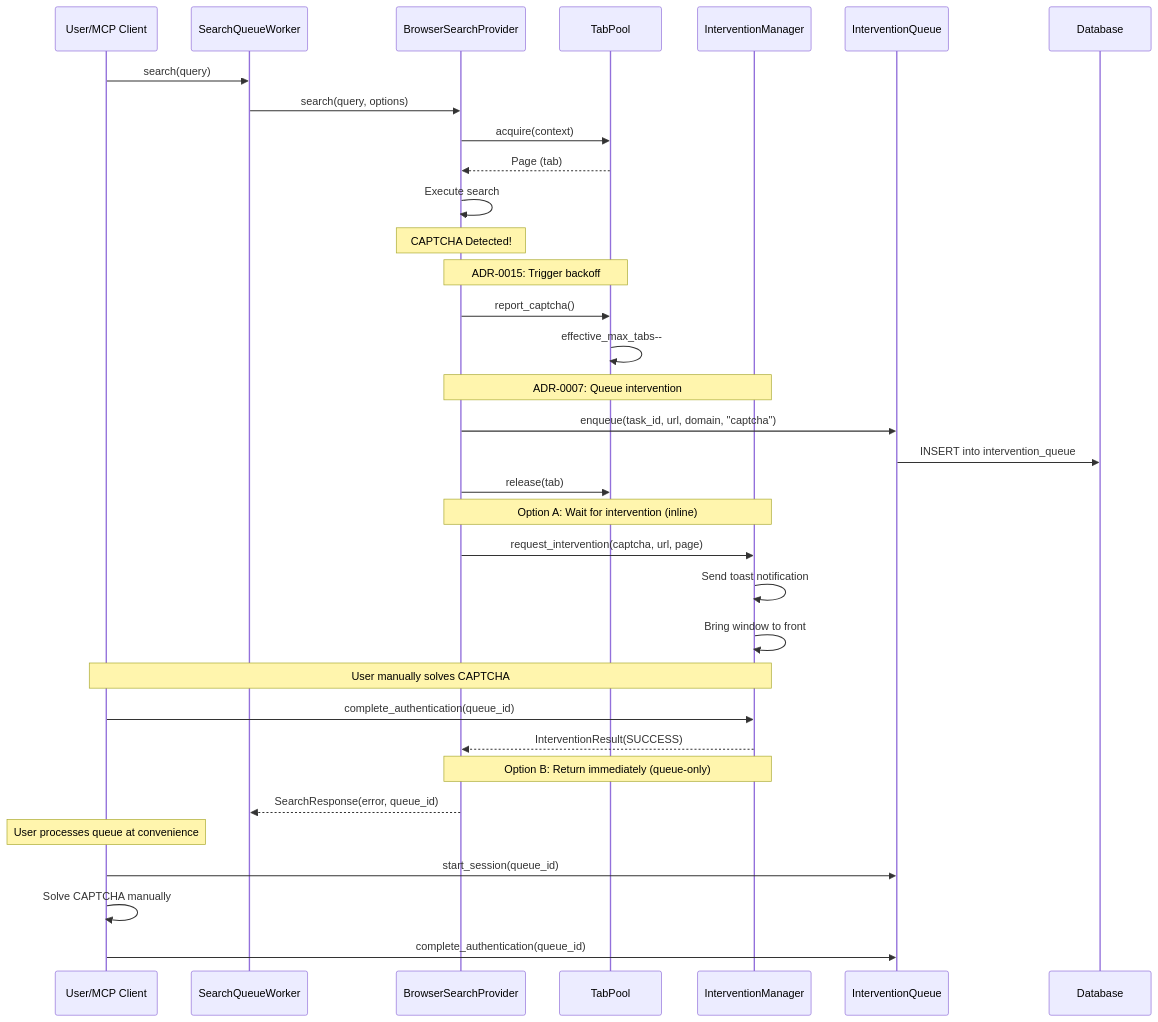
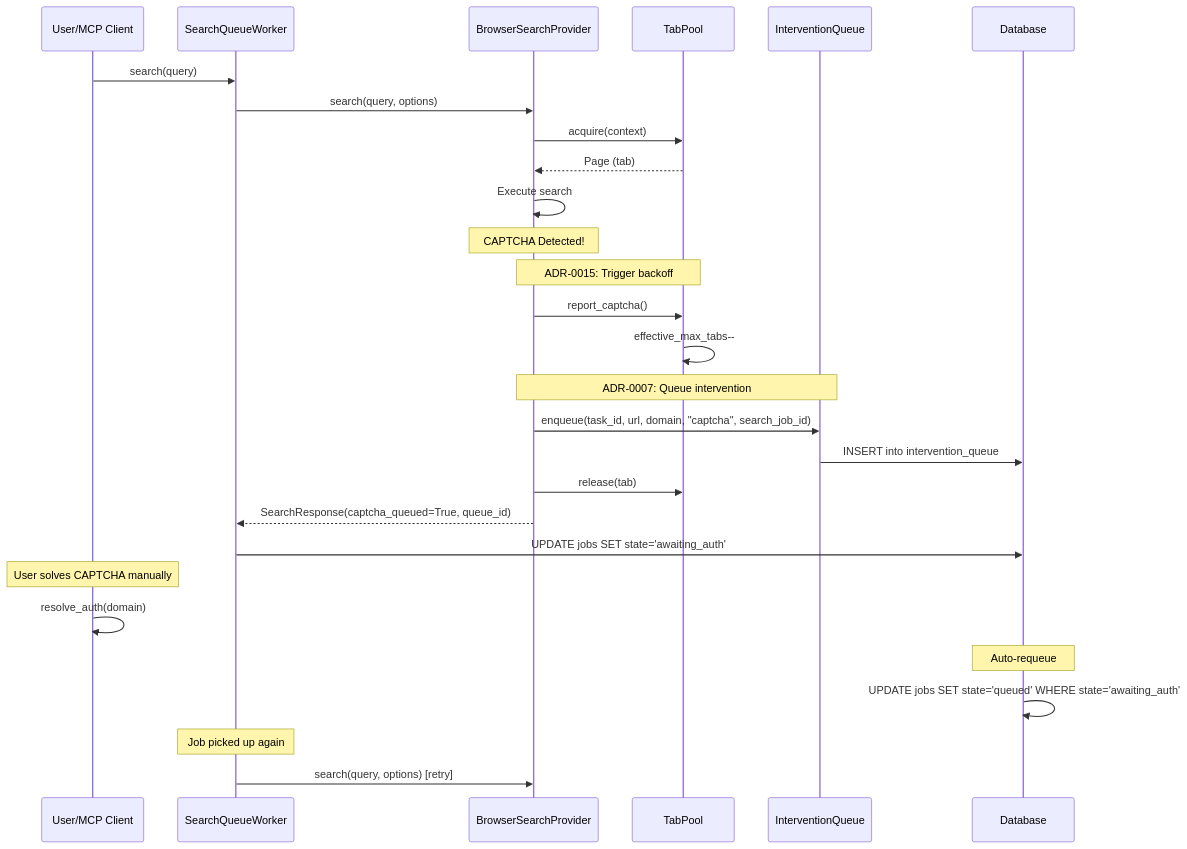
One commit to k-shibuki/lyra changed the diagram in docs/sequences/adr0007_captcha_intervention_integration.md. Above: the diagram before and after it, drawn with Mermaid. The commit also changed other lines of this file and 47 other files, not shown here.

````diff
--- a/docs/sequences/adr0007_captcha_intervention_integration.md
+++ b/docs/sequences/adr0007_captcha_intervention_integration.md
@@ -68,45 +22,40 @@
 ```mermaid
 sequenceDiagram
     participant U as User/MCP Client
     participant W as SearchQueueWorker
     participant BP as BrowserSearchProvider
     participant TP as TabPool
-    participant IM as InterventionManager
     participant IQ as InterventionQueue
     participant DB as Database
 
     U->>W: search(query)
     W->>BP: search(query, options)
     
     BP->>TP: acquire(context)
     TP-->>BP: Page (tab)
     
     BP->>BP: Execute search
     Note over BP: CAPTCHA Detected!
     
     Note over BP,TP: ADR-0015: Trigger backoff
     BP->>TP: report_captcha()
     TP->>TP: effective_max_tabs--
     
-    Note over BP,IM: ADR-0007: Queue intervention
-    BP->>IQ: enqueue(task_id, url, domain, "captcha")
+    Note over BP,IQ: ADR-0007: Queue intervention
+    BP->>IQ: enqueue(task_id, url, domain, "captcha", search_job_id)
     IQ->>DB: INSERT into intervention_queue
     
     BP->>TP: release(tab)
+    BP-->>W: SearchResponse(captcha_queued=True, queue_id)
     
-    Note over BP,IM: Option A: Wait for intervention (inline)
-    BP->>IM: request_intervention(captcha, url, page)
-    IM->>IM: Send toast notification
-    IM->>IM: Bring window to front
+    W->>DB: UPDATE jobs SET state='awaiting_auth'
     
-    Note over U,IM: User manually solves CAPTCHA
-    U->>IM: complete_authentication(queue_id)
-    IM-->>BP: InterventionResult(SUCCESS)
+    Note over U: User solves CAPTCHA manually
+    U->>U: resolve_auth(domain)
     
-    Note over BP,IM: Option B: Return immediately (queue-only)
-    BP-->>W: SearchResponse(error, queue_id)
-    Note over U: User processes queue at convenience
-    U->>IQ: start_session(queue_id)
-    U->>U: Solve CAPTCHA manually
-    U->>IQ: complete_authentication(queue_id)
+    Note over DB: Auto-requeue
+    DB->>DB: UPDATE jobs SET state='queued' WHERE state='awaiting_auth'
+    
+    Note over W: Job picked up again
+    W->>BP: search(query, options) [retry]
 ```
````
